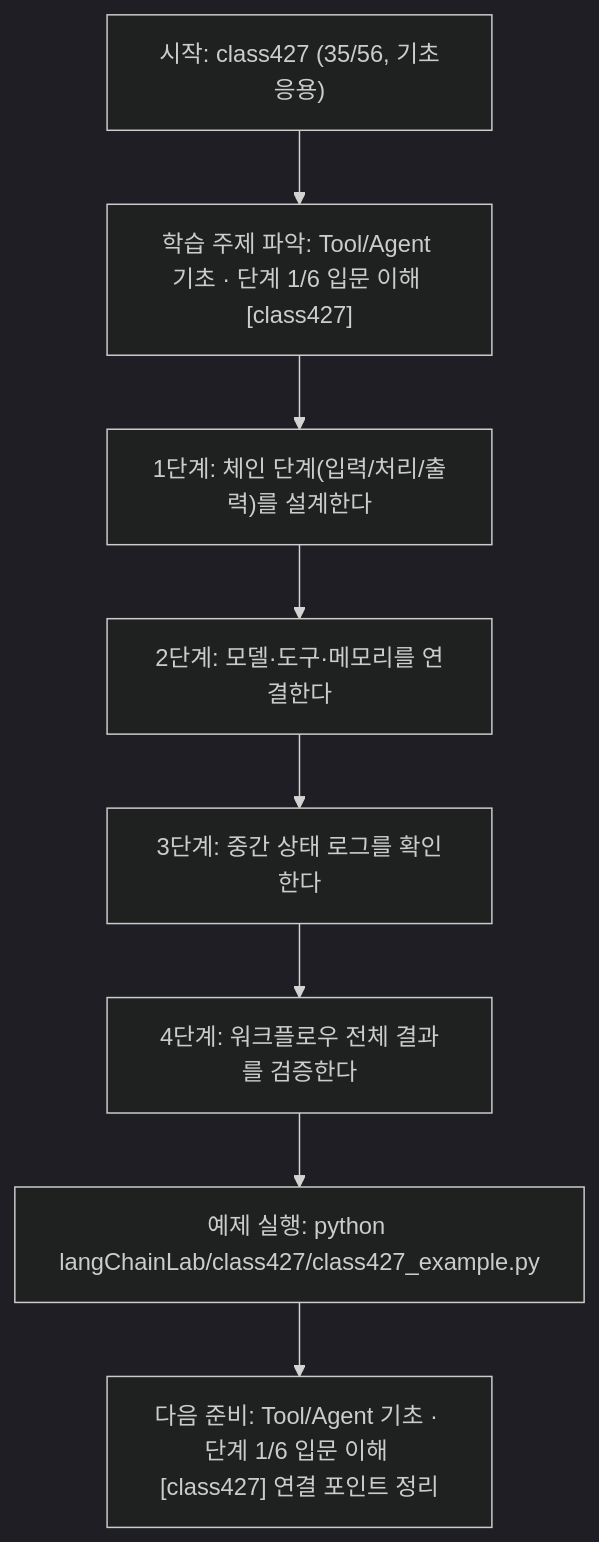
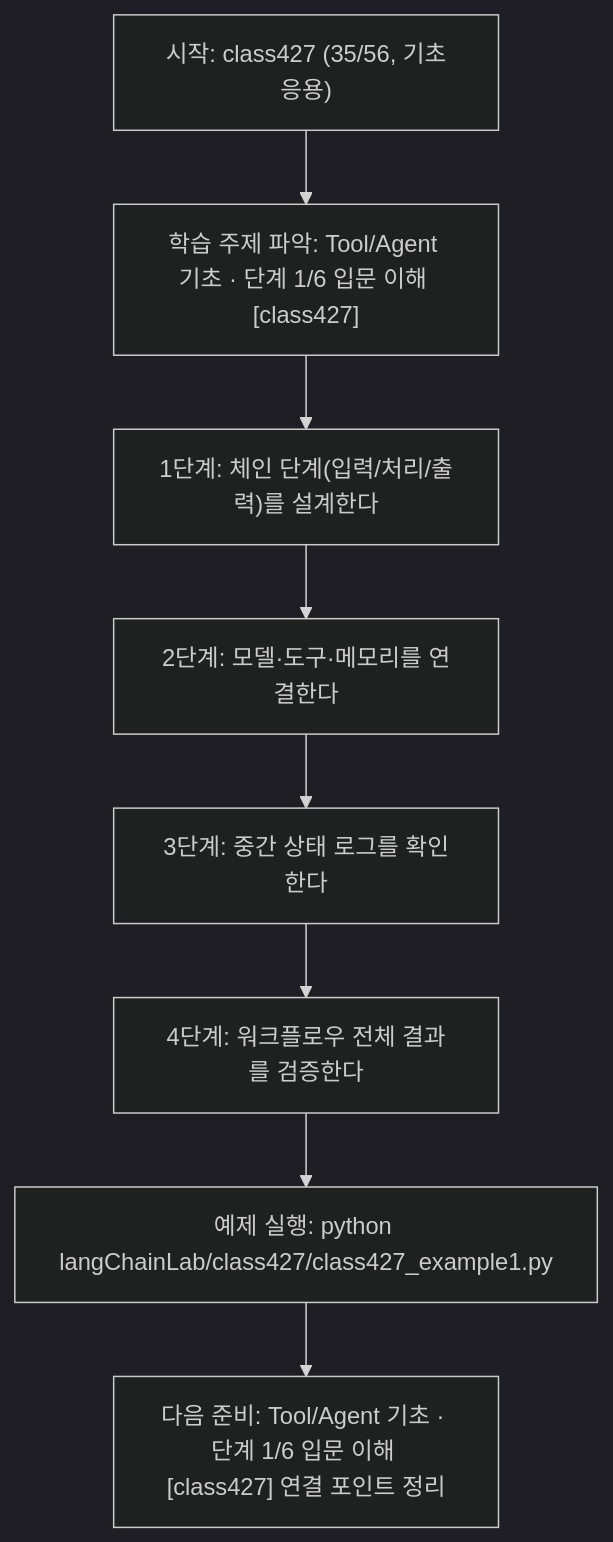
Before and after one commit to edumgt/Python-AI_Agent-Class: the diagram in langChainLab/class427/class427.md, drawn with Mermaid (dark theme). The commit also changed other lines of this file and 2959 other files, not shown here.

````diff
--- a/langChainLab/class427/class427.md
+++ b/langChainLab/class427/class427.md
@@ -110,18 +110,18 @@
 ```mermaid
 flowchart TD
 N1["시작: class427 (35/56, 기초응용)"]
 N2["학습 주제 파악: Tool/Agent 기초 · 단계 1/6 입문 이해 [class427]"]
 N3["1단계: 체인 단계(입력/처리/출력)를 설계한다"]
 N4["2단계: 모델·도구·메모리를 연결한다"]
 N5["3단계: 중간 상태 로그를 확인한다"]
 N6["4단계: 워크플로우 전체 결과를 검증한다"]
-N7["예제 실행: python langChainLab/class427/class427_example.py"]
+N7["예제 실행: python langChainLab/class427/class427_example1.py"]
 N8["다음 준비: Tool/Agent 기초 · 단계 1/6 입문 이해 [class427] 연결 포인트 정리"]
 N1 --> N2
 N2 --> N3
 N3 --> N4
 N4 --> N5
 N5 --> N6
 N6 --> N7
 N7 --> N8
 ```
````
